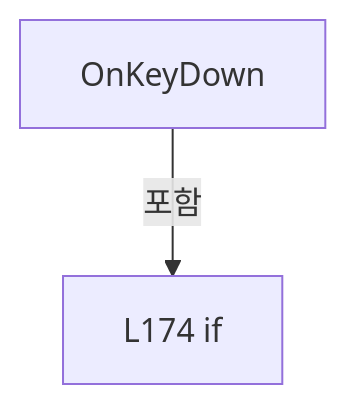
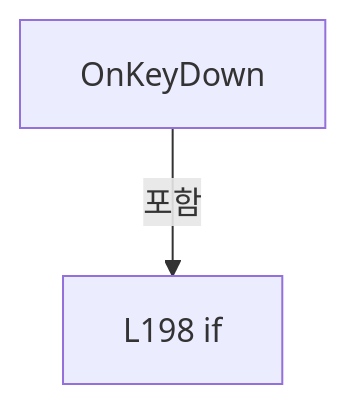
One commit to kjuws10-rgb/Shared changed the sixth of 6 diagrams in A3 LD Code Ref/files/Drilling.UI/Popup/CRecipeConfirmDialog.xaml.cs.md. Above: the diagram before and after it, drawn with Mermaid. The commit also changed other lines of this file and 8055 other files, not shown here.

Commit message:
docs(a3): trace Stage Glass Data and refresh architecture and full code reference

````diff
--- a/A3 LD Code Ref/files/Drilling.UI/Popup/CRecipeConfirmDialog.xaml.cs.md
+++ b/A3 LD Code Ref/files/Drilling.UI/Popup/CRecipeConfirmDialog.xaml.cs.md
@@ -1168,6 +1269,6 @@
 ```mermaid
 flowchart TD
  M["OnKeyDown"]
- N0["L174 if"]
+ N0["L198 if"]
  M -->|포함| N0
 ```
````
